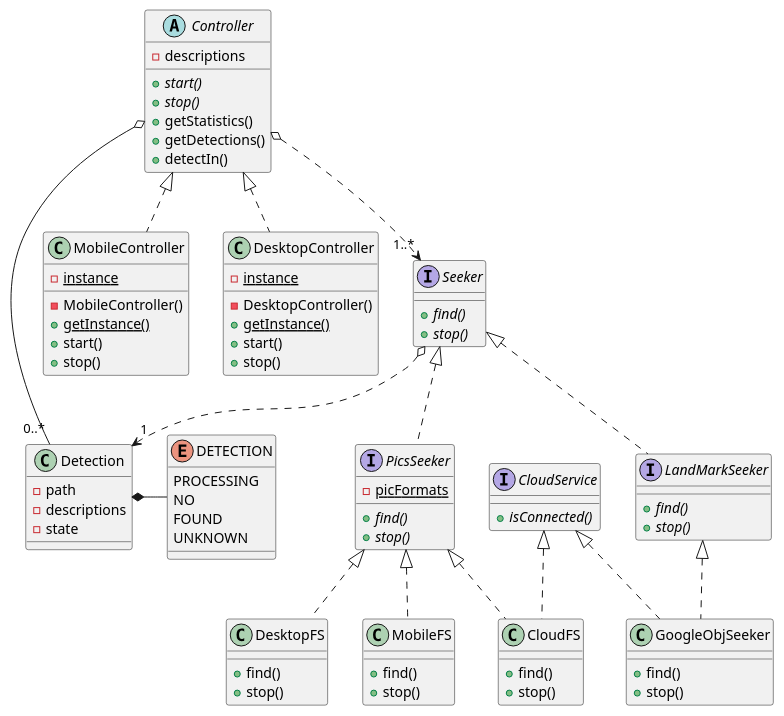
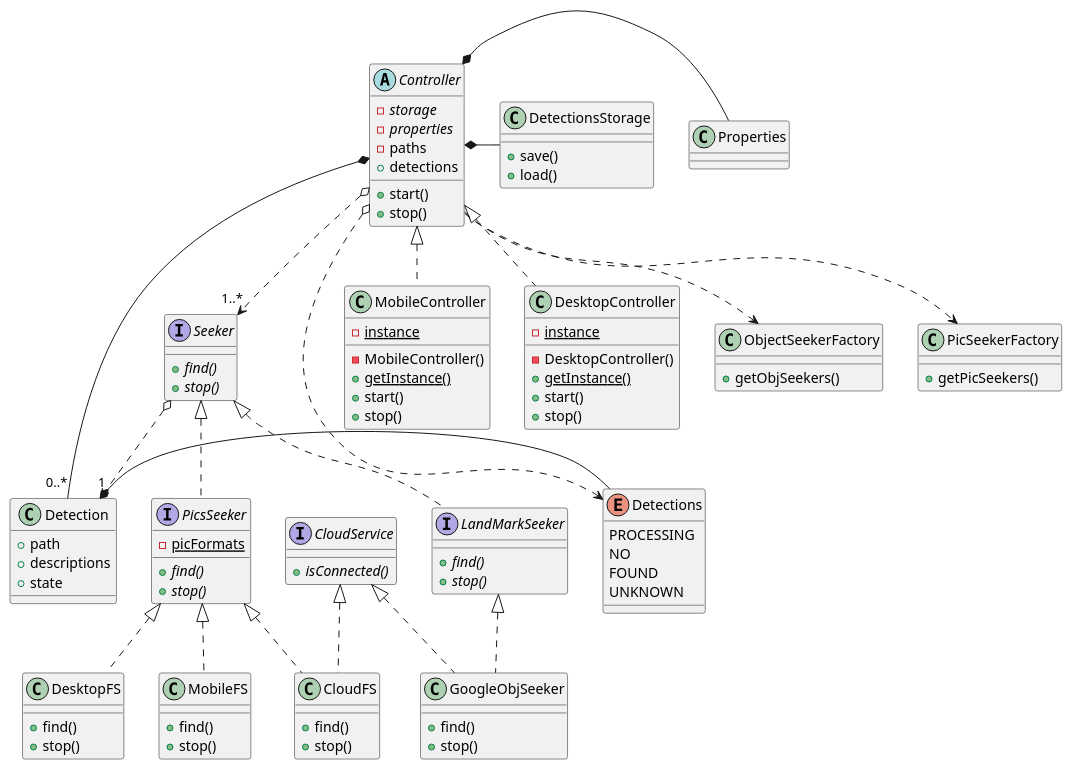
The diagram in core/docs/core_classes.puml (saratoga8/sights_detect), drawn with PlantUML before and after one commit. The commit also changed 13 other files, not shown here.

```diff
--- a/core/docs/core_classes.puml
+++ b/core/docs/core_classes.puml
@@ -1,103 +1,119 @@
 @startuml
 
 abstract class Controller {
-  -descriptions
-  {abstract}+start()
-  {abstract}+stop()
-  +getStatistics()
-  +getDetections()
-  +detectIn()
+  {abstract}-storage
+  {abstract}-properties
+  -paths
+  +detections
+  +start()
+  +stop()
 }
 
 class MobileController {
   {static} -instance
   -MobileController()
   {static} +getInstance()
   +start()
   +stop()
 }
 
 class DesktopController {
   {static} -instance
   -DesktopController()
   {static} +getInstance()
   +start()
   +stop()
 }
 
+class DetectionsStorage {
+   +save()
+   +load()
+}
+
+class ObjectSeekerFactory {
+   +getObjSeekers()
+}
+
+class PicSeekerFactory {
+   +getPicSeekers()
+}
 
 class Detection {
-  -path
-  -descriptions
-  -state
+  +path
+  +descriptions
+  +state
 }
 
-
-Controller o- "0..*" Detection
-Detection *- DETECTION
+Controller *- Properties
+Controller *- DetectionsStorage
+Controller *- "0..*" Detection
+Controller o..> Detections
+Controller o..> "1..*" Seeker
+Controller ..> ObjectSeekerFactory
+Controller ..> PicSeekerFactory
+Detection *- Detections
 Seeker o..> "1" Detection
-Controller o..> "1..*" Seeker
 Seeker <|.. PicsSeeker
 
-enum DETECTION {
+enum Detections {
    PROCESSING
    NO
    FOUND
    UNKNOWN
 }
 
 interface Seeker {
   {abstract} +find()
   {abstract} +stop()
 }
 
 interface PicsSeeker {
   {static}-picFormats
   {abstract} +find()
   {abstract} +stop()
 }
 
 
 Controller <|.. MobileController
 Controller <|.. DesktopController
 PicsSeeker <|.. DesktopFS
 PicsSeeker <|.. MobileFS
 PicsSeeker <|.. CloudFS
 CloudService <|.. CloudFS
 
 class DesktopFS {
    +find()
    +stop()
 }
 
 class MobileFS {
    +find()
    +stop()
 }
 
 class CloudFS {
    +find()
    +stop()
 }
 
 
 Seeker <|.. LandMarkSeeker
 LandMarkSeeker <|.. GoogleObjSeeker
 CloudService <|.. GoogleObjSeeker
 
 interface LandMarkSeeker {
    {abstract} +find()
    {abstract} +stop()
 }
 
 class GoogleObjSeeker {
    +find()
    +stop()
 }
 
 
 interface CloudService {
   {abstract} +isConnected()
 }
 
 @enduml
```
